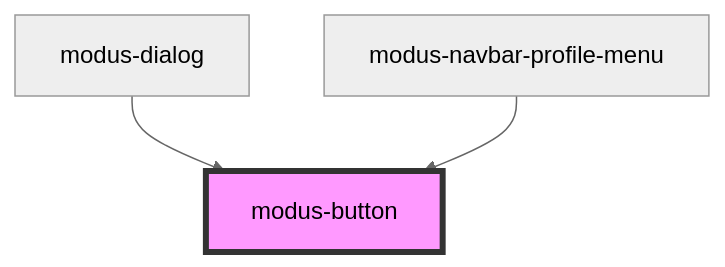
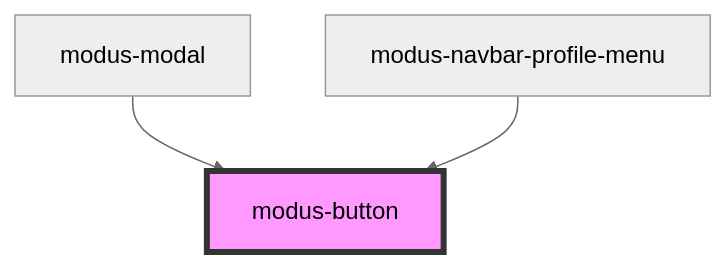
The diagram in src/components/modus-button/readme.md (trimble-oss/modus-web-components), drawn with Mermaid (neutral theme) before and after one commit. The commit also changed other lines of this file and 27 other files, not shown here.

````diff
--- a/src/components/modus-button/readme.md
+++ b/src/components/modus-button/readme.md
@@ -33,6 +33,6 @@
 ```mermaid
 graph TD;
-  modus-dialog --> modus-button
+  modus-modal --> modus-button
   modus-navbar-profile-menu --> modus-button
   style modus-button fill:#f9f,stroke:#333,stroke-width:4px
 ```
````
